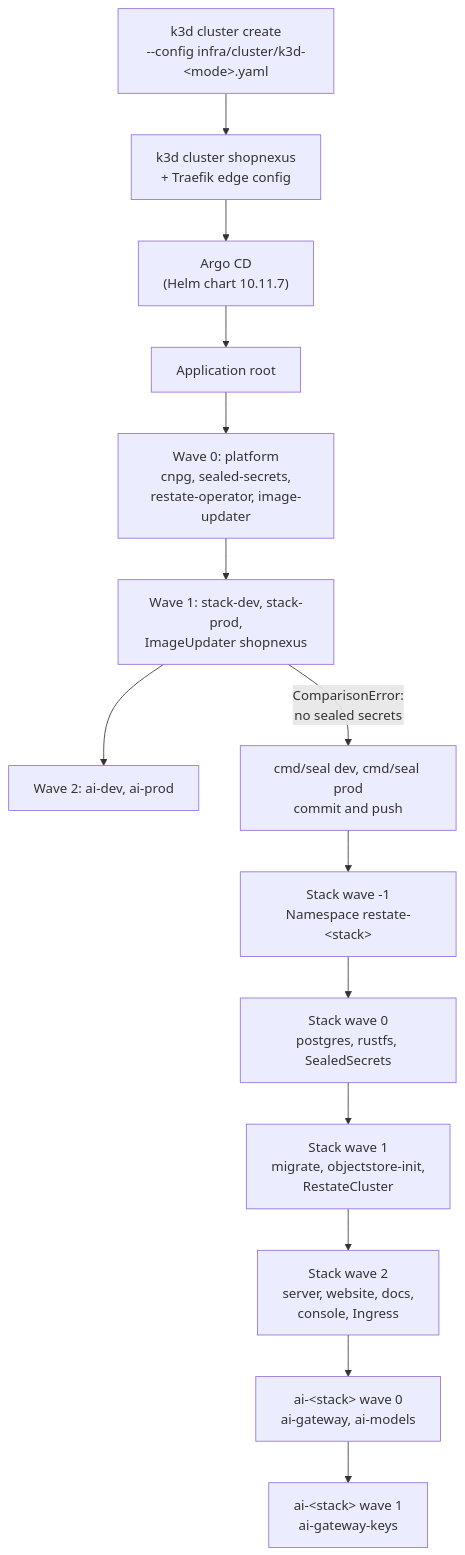
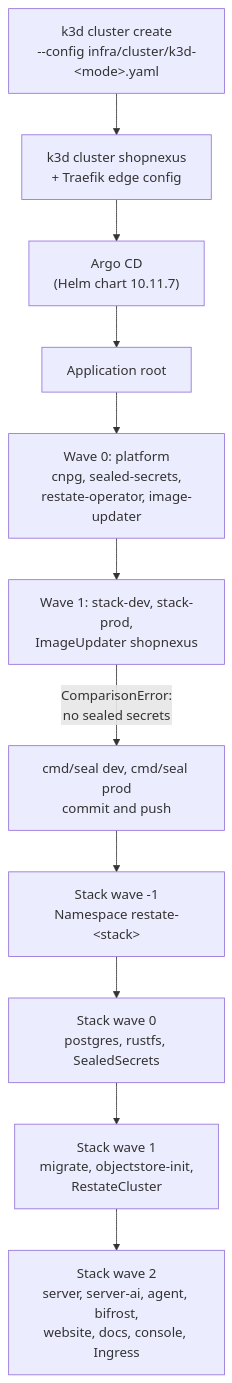
One commit to shopnexus/docs changed the diagram in web/src/content/docs/en/operations/cluster/bootstrap.mdx. Above: the diagram before and after it, drawn with Mermaid. The commit also changed other lines of this file and 1 other file, not shown here.

Commit message:
web: bootstrap seals Bifrost's keys; the ai Applications are gone

````diff
--- a/web/src/content/docs/en/operations/cluster/bootstrap.mdx
+++ b/web/src/content/docs/en/operations/cluster/bootstrap.mdx
@@ -29,16 +29,13 @@
 ```mermaid title="What runs after k3d cluster create"
 flowchart TD
   up["k3d cluster create<br/>--config infra/cluster/k3d-#lt;mode#gt;.yaml"] --> k3d["k3d cluster shopnexus<br/>+ Traefik edge config"]
   k3d --> argo["Argo CD<br/>(Helm chart 10.11.7)"]
   argo --> root["Application root"]
   root --> w0["Wave 0: platform<br/>cnpg, sealed-secrets,<br/>restate-operator, image-updater"]
   w0 --> w1["Wave 1: stack-dev, stack-prod,<br/>ImageUpdater shopnexus"]
-  w1 --> w2["Wave 2: ai-dev, ai-prod"]
   w1 -->|"ComparisonError:<br/>no sealed secrets"| seal["cmd/seal dev, cmd/seal prod<br/>commit and push"]
   seal --> sm1["Stack wave -1<br/>Namespace restate-#lt;stack#gt;"]
   sm1 --> s0["Stack wave 0<br/>postgres, rustfs, SealedSecrets"]
   s0 --> s1["Stack wave 1<br/>migrate, objectstore-init,<br/>RestateCluster"]
-  s1 --> s2["Stack wave 2<br/>server, website, docs,<br/>console, Ingress"]
-  s2 --> a0["ai-#lt;stack#gt; wave 0<br/>ai-gateway, ai-models"]
-  a0 --> a1["ai-#lt;stack#gt; wave 1<br/>ai-gateway-keys"]
+  s1 --> s2["Stack wave 2<br/>server, server-ai, agent, bifrost,<br/>website, docs, console, Ingress"]
 ```
````
